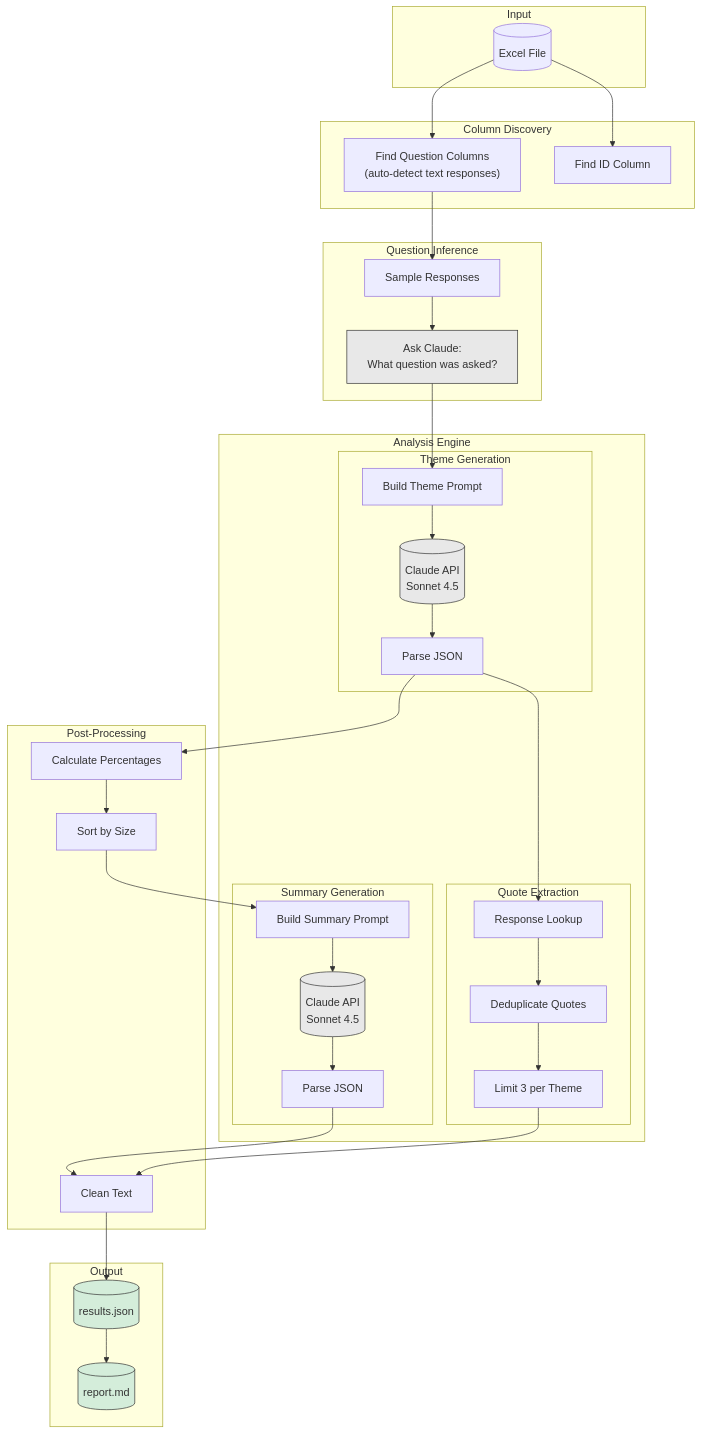
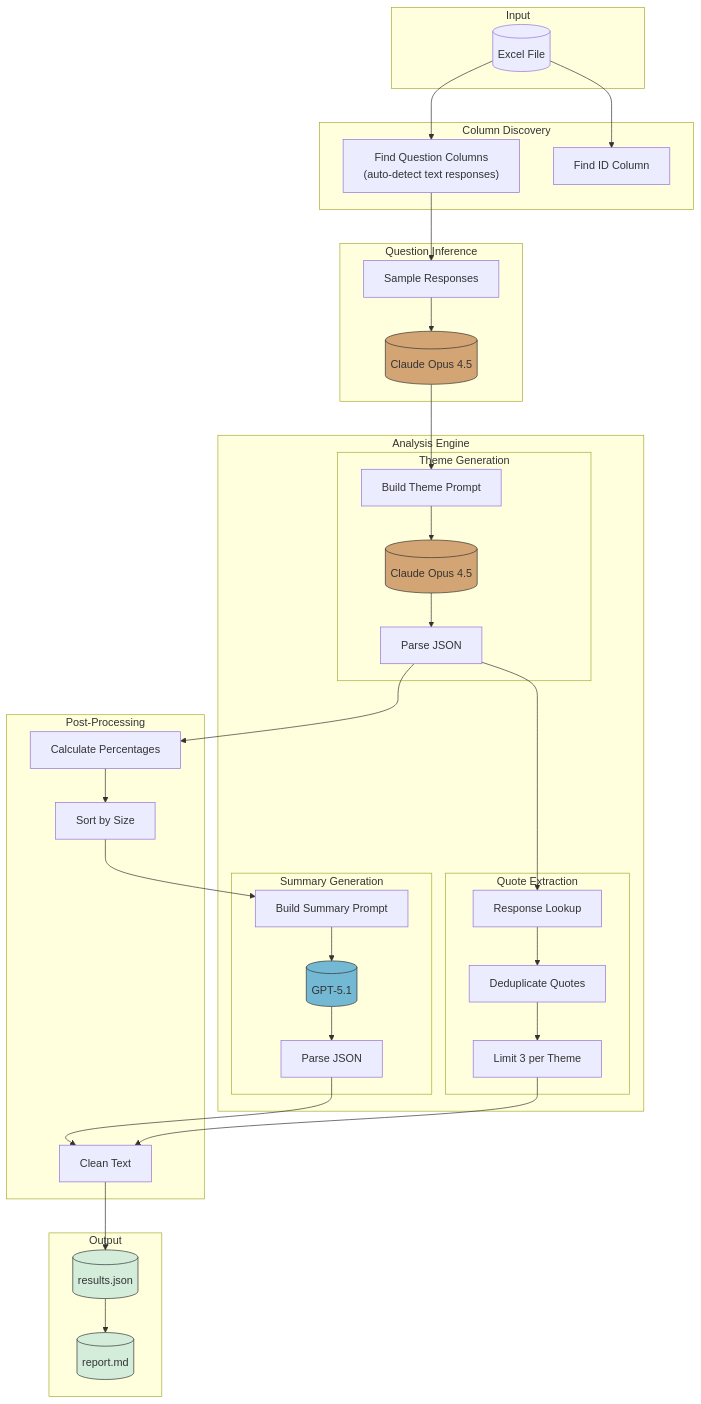
Before and after one commit to jameswniu/research_doc_extraction_rag_agent: the diagram in README.md, drawn with Mermaid. The commit also changed other lines of this file and 6 other files, not shown here.

````diff
--- a/README.md
+++ b/README.md
@@ -7,79 +7,79 @@
 ```mermaid
 flowchart TB
     subgraph Input["Input"]
         EXCEL[("Excel File")]
     end
 
     subgraph Discovery["Column Discovery"]
         FIND_ID["Find ID Column"]
         FIND_QS["Find Question Columns<br/>(auto-detect text responses)"]
     end
 
     subgraph Inference["Question Inference"]
         SAMPLE["Sample Responses"]
-        INFER["Ask Claude:<br/>What question was asked?"]
+        INFER[("Claude Opus 4.5")]
     end
 
     subgraph Analysis["Analysis Engine"]
         subgraph ThemeGen["Theme Generation"]
             PROMPT1["Build Theme Prompt"]
-            CLAUDE1[("Claude API<br/>Sonnet 4.5")]
+            CLAUDE1[("Claude Opus 4.5")]
             PARSE1["Parse JSON"]
         end
         
         subgraph QuoteExt["Quote Extraction"]
             LOOKUP["Response Lookup"]
             UNIQUE["Deduplicate Quotes"]
             LIMIT["Limit 3 per Theme"]
         end
         
         subgraph SummaryGen["Summary Generation"]
             PROMPT2["Build Summary Prompt"]
-            CLAUDE2[("Claude API<br/>Sonnet 4.5")]
+            GPT1[("GPT-5.1")]
             PARSE2["Parse JSON"]
         end
     end
 
     subgraph Processing["Post-Processing"]
         CALC["Calculate Percentages"]
         SORT["Sort by Size"]
         CLEAN["Clean Text"]
     end
 
     subgraph Output["Output"]
         JSON[("results.json")]
         MD[("report.md")]
     end
 
     EXCEL --> FIND_ID
     EXCEL --> FIND_QS
     FIND_QS --> SAMPLE
     SAMPLE --> INFER
     
     INFER --> PROMPT1
     PROMPT1 --> CLAUDE1
     CLAUDE1 --> PARSE1
     
     PARSE1 --> LOOKUP
     LOOKUP --> UNIQUE
     UNIQUE --> LIMIT
     
     PARSE1 --> CALC
     CALC --> SORT
     SORT --> PROMPT2
     
-    PROMPT2 --> CLAUDE2
-    CLAUDE2 --> PARSE2
+    PROMPT2 --> GPT1
+    GPT1 --> PARSE2
     
     LIMIT --> CLEAN
     PARSE2 --> CLEAN
     
     CLEAN --> JSON
     JSON --> MD
 
-    style CLAUDE1 fill:#e8e8e8,stroke:#333
-    style CLAUDE2 fill:#e8e8e8,stroke:#333
-    style INFER fill:#e8e8e8,stroke:#333
+    style CLAUDE1 fill:#d4a574,stroke:#333
+    style GPT1 fill:#74b9d4,stroke:#333
+    style INFER fill:#d4a574,stroke:#333
     style JSON fill:#d4edda,stroke:#333
     style MD fill:#d4edda,stroke:#333
 ```
````
